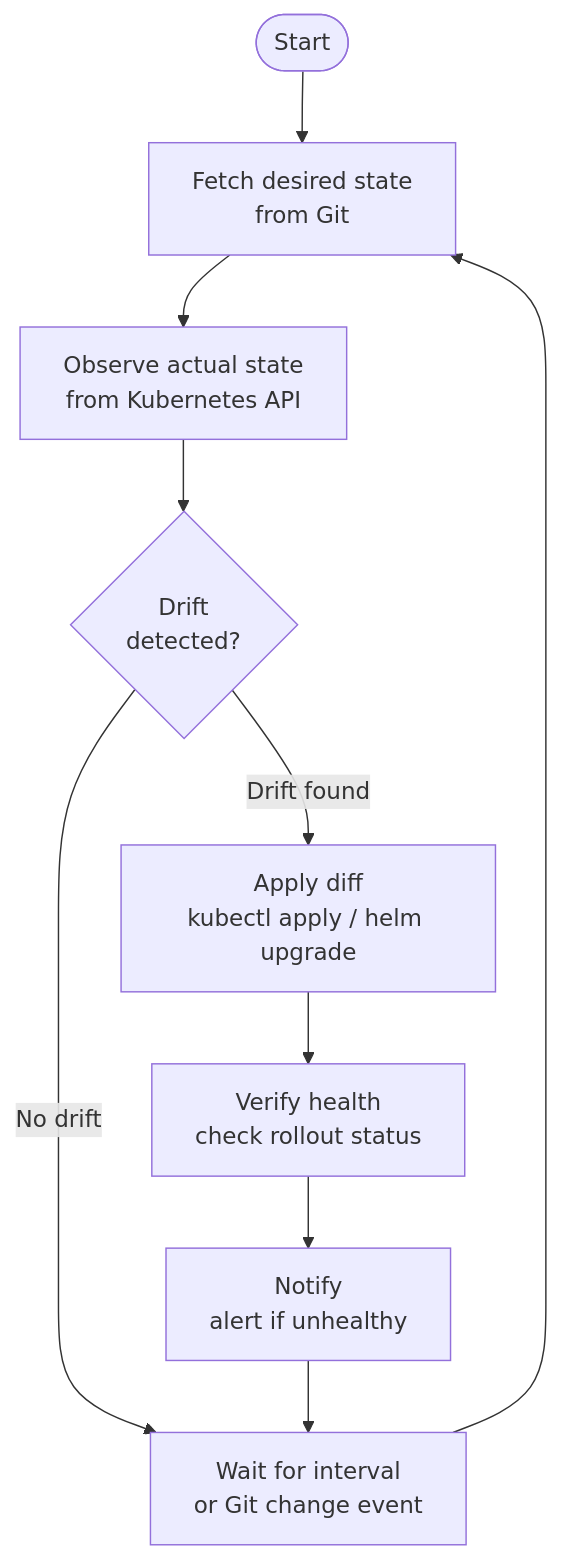
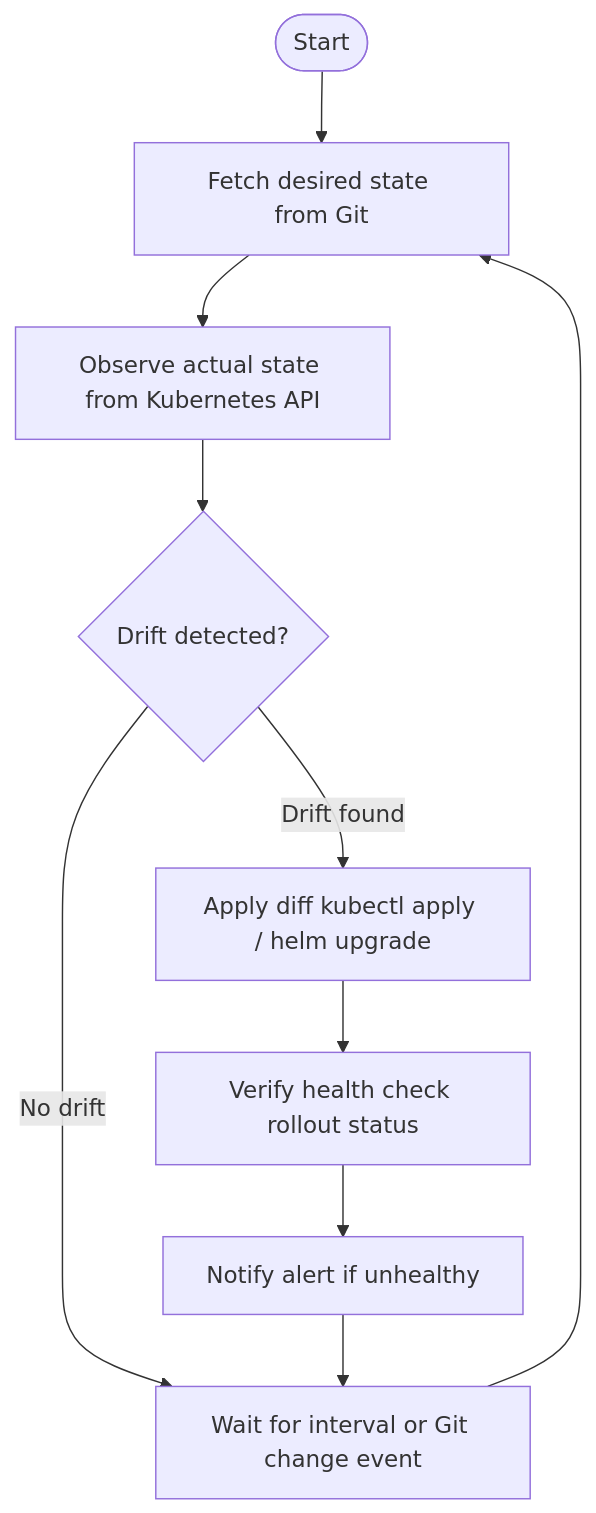
Before and after one commit to UncleJS/course_k3s: the third of 4 diagrams in 11_gitops/01_gitops_concepts.md, drawn with Mermaid. The commit also changed other lines of this file and 57 other files, not shown here.

````diff
--- a/11_gitops/01_gitops_concepts.md
+++ b/11_gitops/01_gitops_concepts.md
@@ -135,12 +135,12 @@
 ```mermaid
 flowchart TD
-    START([Start]) --> FETCH[Fetch desired state\nfrom Git]
-    FETCH --> OBSERVE[Observe actual state\nfrom Kubernetes API]
-    OBSERVE --> DIFF{Drift\ndetected?}
-    DIFF -->|No drift| SLEEP[Wait for interval\nor Git change event]
+    START([Start]) --> FETCH[Fetch desired state from Git]
+    FETCH --> OBSERVE[Observe actual state from Kubernetes API]
+    OBSERVE --> DIFF{Drift detected?}
+    DIFF -->|No drift| SLEEP[Wait for interval or Git change event]
     SLEEP --> FETCH
-    DIFF -->|Drift found| APPLY[Apply diff\nkubectl apply / helm upgrade]
-    APPLY --> VERIFY[Verify health\ncheck rollout status]
-    VERIFY --> NOTIFY[Notify\nalert if unhealthy]
+    DIFF -->|Drift found| APPLY[Apply diff kubectl apply / helm upgrade]
+    APPLY --> VERIFY[Verify health check rollout status]
+    VERIFY --> NOTIFY[Notify alert if unhealthy]
     NOTIFY --> SLEEP
 ```
````
